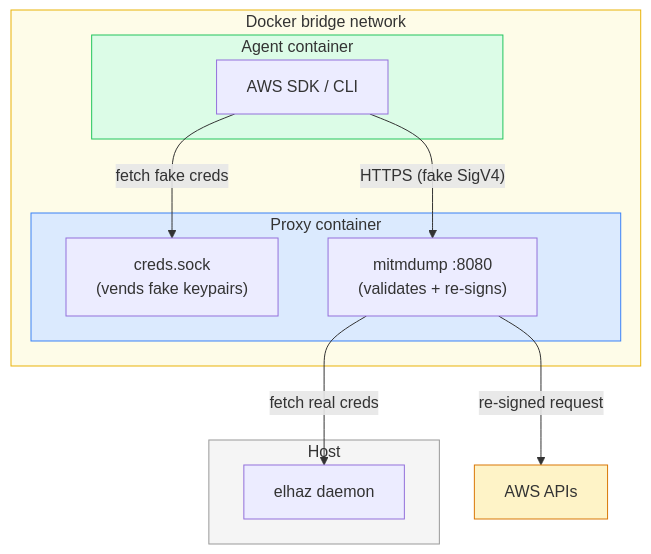
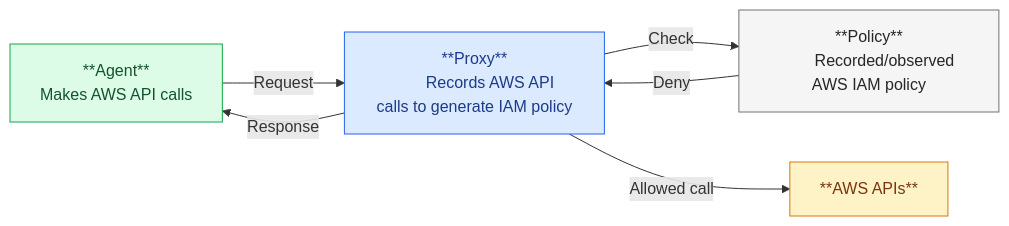
One commit to engseclabs/iam-agent-proxy changed the second of 2 diagrams in README.md. Above: the diagram before and after it, drawn with Mermaid. The commit also changed other lines of this file, not shown here.

Commit message:
Update README.md to enhance clarity and structure, including improved descriptions of credential injection proxy and least privilege guardrail features.

````diff
--- a/README.md
+++ b/README.md
@@ -71,30 +44,26 @@
 ```mermaid
-graph TB
-    subgraph host["Host"]
-        elhaz["elhaz daemon"]
-    end
+graph LR
+    agent["**Agent**
+        Makes AWS API calls"]
+    proxy["**Proxy**
+        Records AWS API calls to generate IAM policy"]
+    policy["**Policy**
+        Recorded/observed AWS IAM policy"]
+    aws["**AWS APIs**"]
 
-    subgraph net["Docker bridge network"]
-        subgraph proxy["Proxy container"]
-            vendor["creds.sock<br/>(vends fake keypairs)"]
-            mitm["mitmdump :8080<br/>(validates + re-signs)"]
-        end
+    agent -- "Request" --> proxy
+    proxy -- "Response" --> agent
+    proxy -- "Check" --> policy
+    policy -- "Deny" --> proxy
+    proxy -- "Allowed call" --> aws
 
-        subgraph agentbox["Agent container"]
-            agent["AWS SDK / CLI"]
-        end
-    end
+    classDef agentStyle fill:#dcfce7,stroke:#16a34a,color:#14532d
+    classDef proxyStyle fill:#dbeafe,stroke:#2563eb,color:#1e3a8a
+    classDef policyStyle fill:#f5f5f5,stroke:#737373,color:#262626
+    classDef awsStyle fill:#fef3c7,stroke:#d97706,color:#78350f
 
-    aws["AWS APIs"]
-
-    agent -- "fetch fake creds" --> vendor
-    agent -- "HTTPS (fake SigV4)" --> mitm
-    mitm -- "fetch real creds" --> elhaz
-    mitm -- "re-signed request" --> aws
-
-    style host fill:#f5f5f5,stroke:#999
-    style proxy fill:#dbeafe,stroke:#3b82f6
-    style agentbox fill:#dcfce7,stroke:#22c55e
-    style net fill:#fefce8,stroke:#eab308
-    style aws fill:#fef3c7,stroke:#d97706
+    class agent agentStyle
+    class proxy proxyStyle
+    class policy policyStyle
+    class aws awsStyle
 ```
````
